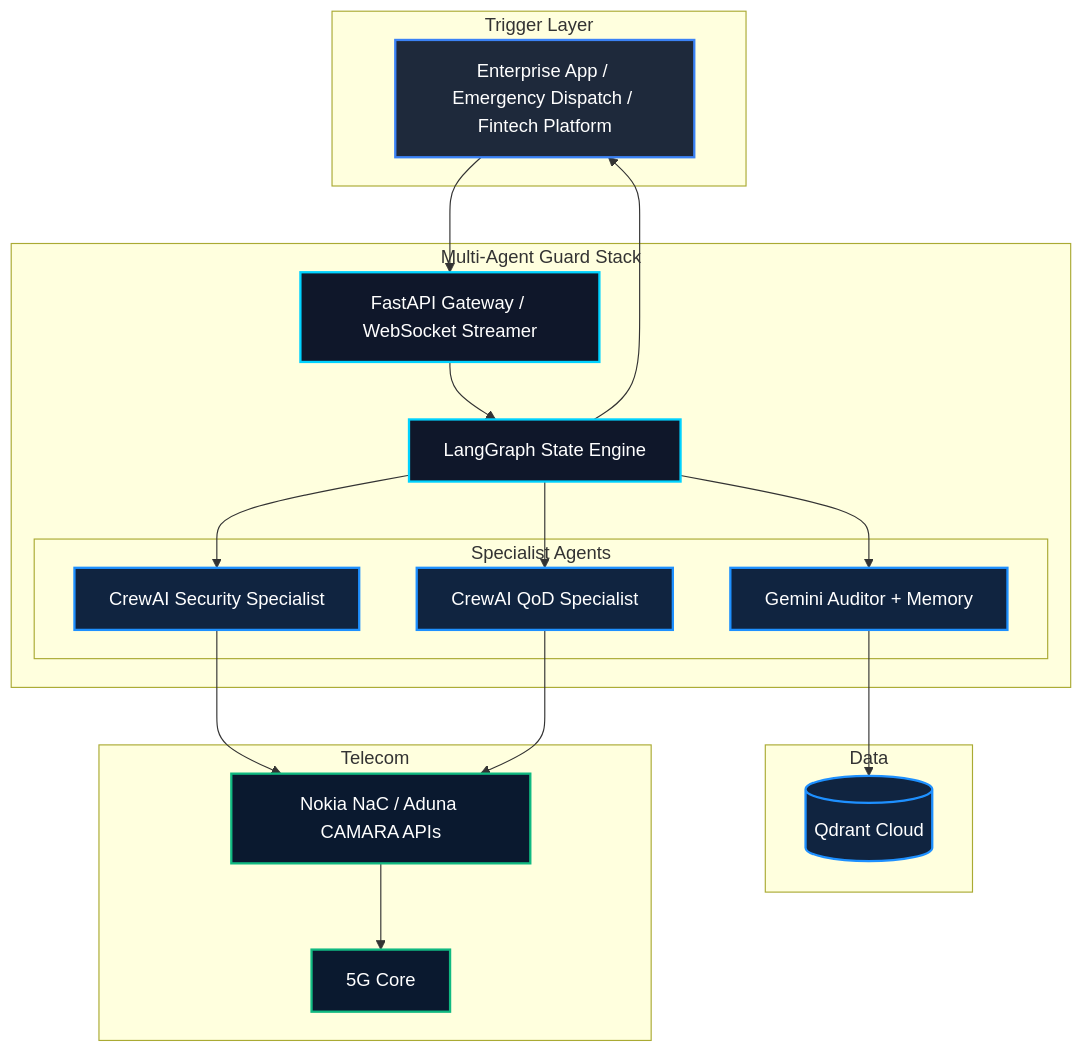
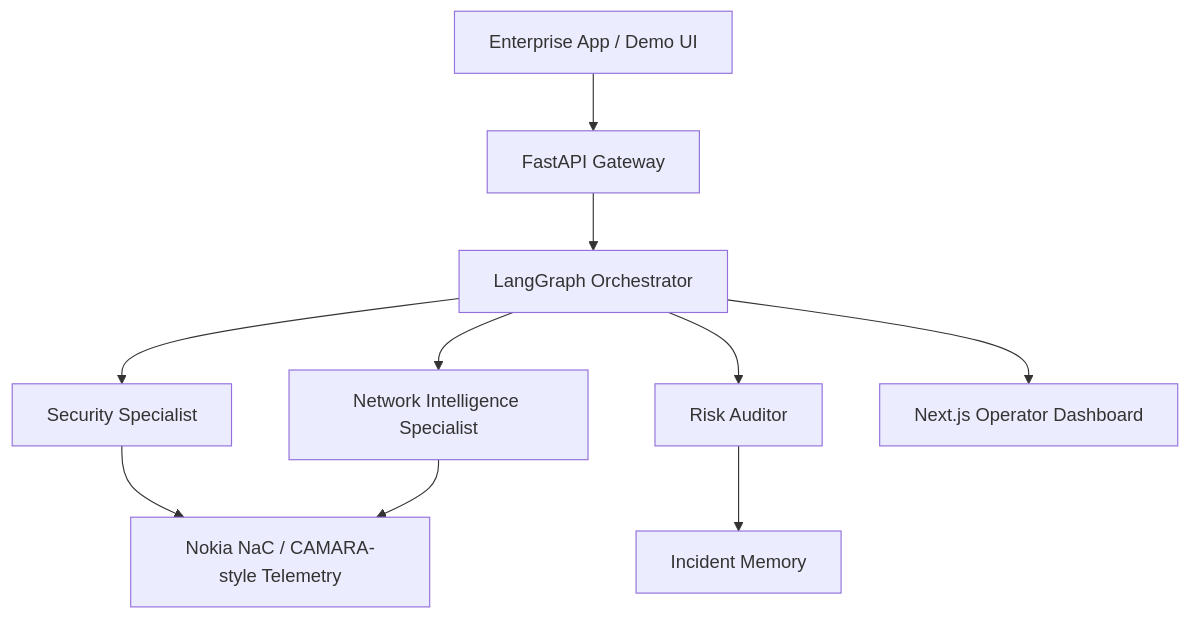
Before and after one commit to yahiaongh/aegistel-mena-ignite: the diagram in README.md, drawn with Mermaid. The commit also changed other lines of this file, not shown here.

````diff
--- a/README.md
+++ b/README.md
@@ -65,46 +60,14 @@
 ```mermaid
 graph TD
-    %% Styling
-    classDef client fill:#1e293b,stroke:#3b82f6,stroke-width:2px,color:#fff;
-    classDef agent fill:#0f172a,stroke:#00d2ff,stroke-width:2px,color:#fff;
-    classDef tool fill:#102440,stroke:#1e90ff,stroke-width:2px,color:#fff;
-    classDef telco fill:#0a192f,stroke:#10b981,stroke-width:2px,color:#fff;
+    Client["Enterprise App / Demo UI"] --> API["FastAPI Gateway"]
+    API --> Orchestrator["LangGraph Orchestrator"]
+    Orchestrator --> Security["Security Specialist"]
+    Orchestrator --> Network["Network Intelligence Specialist"]
+    Orchestrator --> Auditor["Risk Auditor"]
 
-    subgraph Trigger Layer
-        ClientApp["Enterprise App / Emergency Dispatch / Fintech Platform"]:::client
-    end
+    Security --> Telecom["Nokia NaC / CAMARA-style Telemetry"]
+    Network --> Telecom
+    Auditor --> Memory["Incident Memory"]
 
-    subgraph Multi-Agent Guard Stack
-        Gateway["FastAPI Gateway / WebSocket Streamer"]:::agent
-        Orchestrator["LangGraph State Engine"]:::agent
-
-        subgraph Specialist Agents
-            SecGuard["CrewAI Security Specialist"]:::tool
-            QoDAgent["CrewAI QoD Specialist"]:::tool
-            Auditor["Gemini Auditor + Memory"]:::tool
-        end
-    end
-
-    subgraph Data
-        Qdrant[("Qdrant Cloud")]:::tool
-    end
-
-    subgraph Telecom
-        CAMARA["Nokia NaC / Aduna CAMARA APIs"]:::telco
-        Core5G["5G Core"]:::telco
-    end
-
-    ClientApp --> Gateway
-    Gateway --> Orchestrator
-    Orchestrator --> SecGuard
-    Orchestrator --> QoDAgent
-    Orchestrator --> Auditor
-
-    SecGuard --> CAMARA
-    QoDAgent --> CAMARA
-    Auditor --> Qdrant
-
-    CAMARA --> Core5G
-
-    Orchestrator --> ClientApp
+    Orchestrator --> UI["Next.js Operator Dashboard"]
 ```
````
